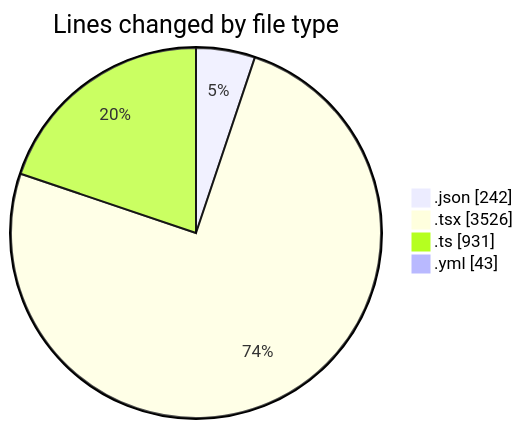
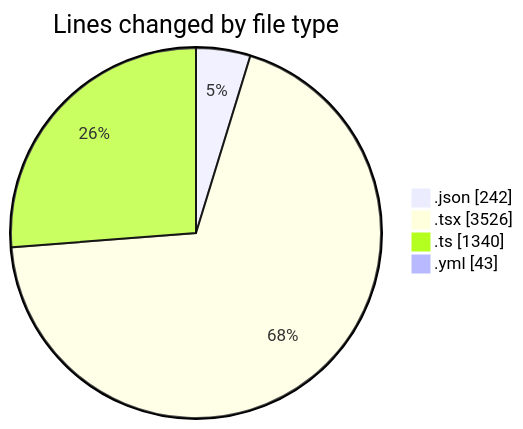
One commit to julien-gomy/code-tracking changed the first of 2 diagrams in 2025-11-17/eventscop-frontend-guide__workspace_/README.md. Above: the diagram before and after it, drawn with Mermaid. The commit also changed other lines of this file and 1 other file, not shown here.

````diff
--- a/2025-11-17/eventscop-frontend-guide__workspace_/README.md
+++ b/2025-11-17/eventscop-frontend-guide__workspace_/README.md
@@ -44,8 +47,8 @@
 ```mermaid
 pie showData
 title Lines changed by file type
 ".json" : 242
 ".tsx" : 3526
-".ts" : 931
+".ts" : 1340
 ".yml" : 43
 ```
````
